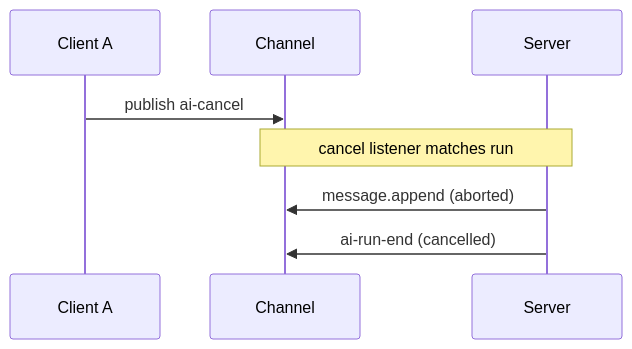
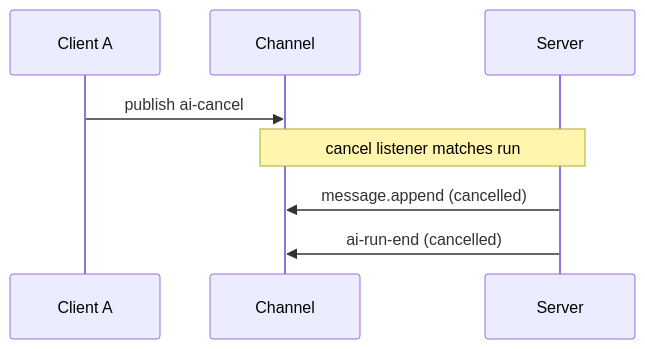
Before and after one commit to ably/ably-ai-transport-js: the second of 2 diagrams in docs/internals/wire-protocol.md, drawn with Mermaid. The commit also changed other lines of this file and 15 other files, not shown here.

````diff
--- a/docs/internals/wire-protocol.md
+++ b/docs/internals/wire-protocol.md
@@ -151,11 +150,11 @@
 ```mermaid
 sequenceDiagram
     participant A as Client A
     participant Ch as Channel
     participant S as Server
 
     A->>Ch: publish ai-cancel
     Note over Ch,S: cancel listener matches run
-    S->>Ch: message.append (aborted)
+    S->>Ch: message.append (cancelled)
     S->>Ch: ai-run-end (cancelled)
 ```
````
